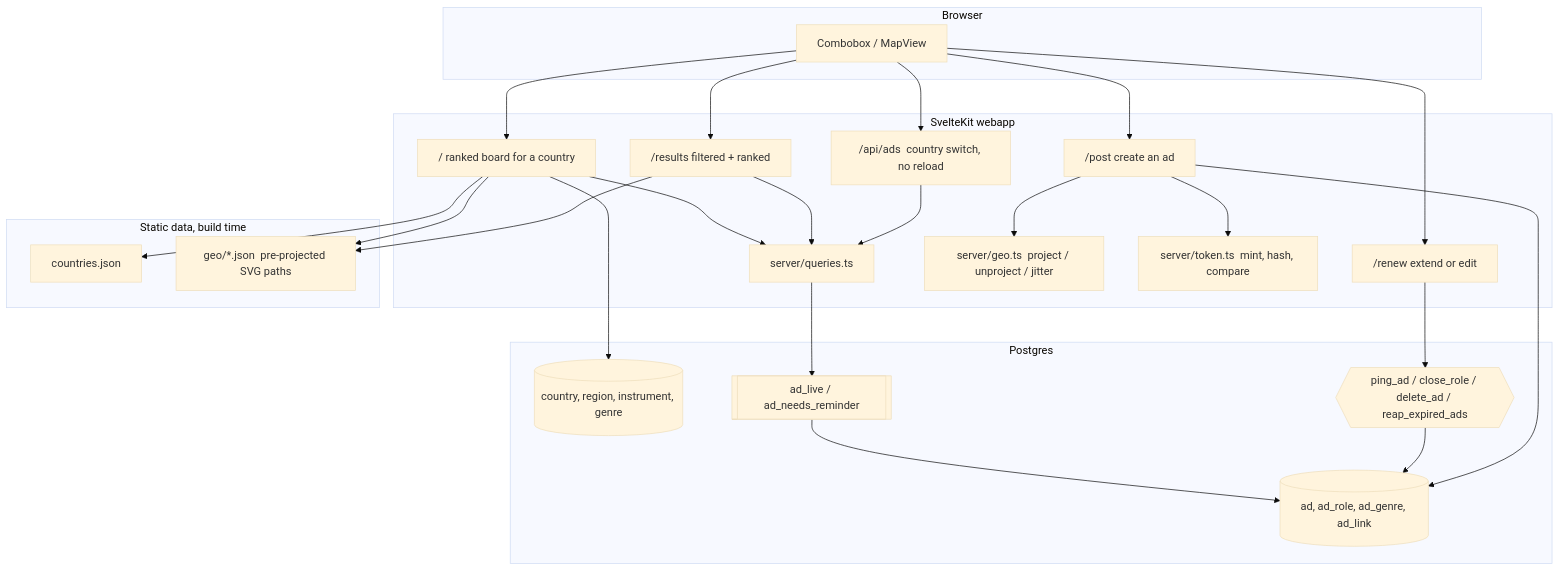
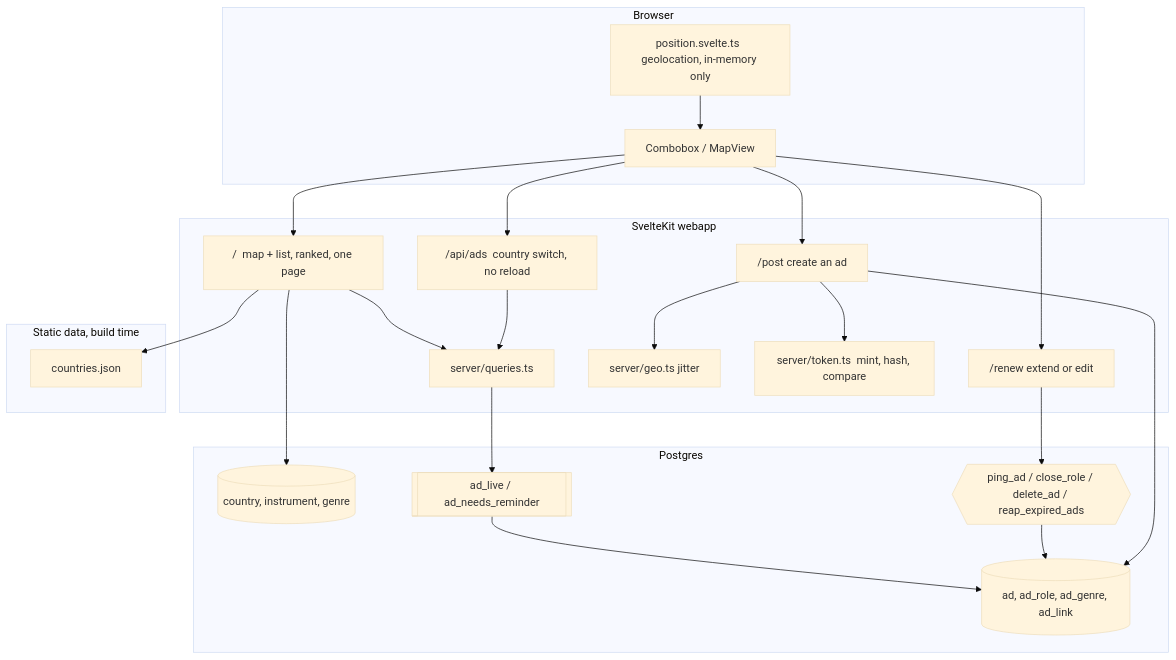
One commit to marios-pz/rehearsal changed the diagram in README.md. Above: the diagram before and after it, drawn with Mermaid (base theme). The commit also changed other lines of this file and 26 other files, not shown here.

````diff
--- a/README.md
+++ b/README.md
@@ -48,43 +45,42 @@
 ```mermaid
 graph TB
     subgraph Browser
         UI["Combobox / MapView"]
+        Position["position.svelte.ts  geolocation, in-memory only"]
     end
 
     subgraph Webapp["SvelteKit webapp"]
-        Home["/  ranked board for a country"]
-        Results["/results  filtered + ranked"]
+        Home["/  map + list, ranked, one page"]
         Post["/post  create an ad"]
         Renew["/renew  extend or edit"]
         Api["/api/ads  country switch, no reload"]
         Queries["server/queries.ts"]
-        Geo["server/geo.ts  project / unproject / jitter"]
+        Geo["server/geo.ts  jitter"]
         Token["server/token.ts  mint, hash, compare"]
     end
 
     subgraph Data["Static data, build time"]
         Countries["countries.json"]
-        GeoFiles["geo/*.json  pre-projected SVG paths"]
     end
 
     subgraph DB["Postgres"]
         Ad[("ad, ad_role, ad_genre, ad_link")]
-        Ref[("country, region, instrument, genre")]
+        Ref[("country, instrument, genre")]
         Views[["ad_live / ad_needs_reminder"]]
         Funcs{{"ping_ad / close_role / delete_ad / reap_expired_ads"}}
     end
 
-    UI --> Home & Results & Post & Renew & Api
+    UI --> Home & Post & Renew & Api
+    Position --> UI
 
-    Home --> Queries & Countries & GeoFiles
-    Results --> Queries & GeoFiles
+    Home --> Queries & Countries
     Api --> Queries
     Post --> Token & Geo
     Renew --> Funcs
 
     Queries --> Views
     Views --> Ad
     Funcs --> Ad
     Post --> Ad
     Home --> Ref
 ```
````
